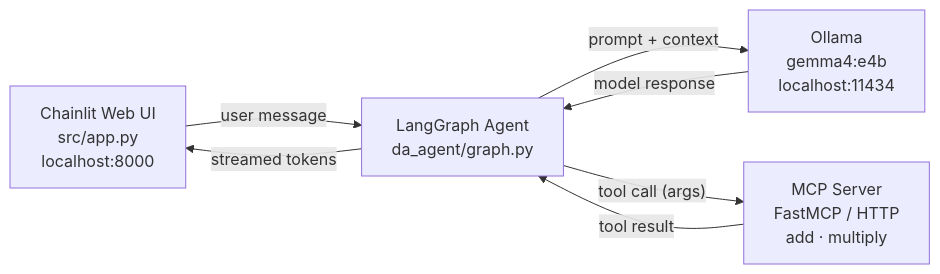
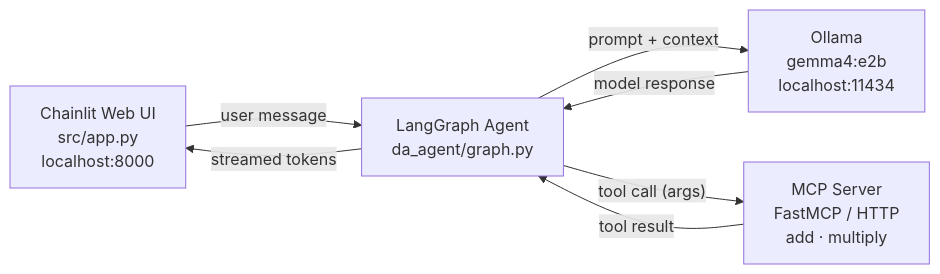
One commit to ai-with-ali/local-llm changed the diagram in README.md. Above: the diagram before and after it, drawn with Mermaid. The commit also changed other lines of this file and 1 other file, not shown here.

Commit message:
use the e2b light model for #3

````diff
--- a/README.md
+++ b/README.md
@@ -34,16 +34,16 @@
 ```mermaid
 flowchart LR
     UI["Chainlit Web UI\nsrc/app.py\nlocalhost:8000"]
     Agent["LangGraph Agent\nda_agent/graph.py"]
-    Ollama["Ollama\ngemma4:e4b\nlocalhost:11434"]
+    Ollama["Ollama\ngemma4:e2b\nlocalhost:11434"]
     MCP["MCP Server\nFastMCP / HTTP\nadd · multiply"]
 
     UI -- "user message" --> Agent
     Agent -- "streamed tokens" --> UI
 
     Agent -- "prompt + context" --> Ollama
     Ollama -- "model response" --> Agent
 
     Agent -- "tool call (args)" --> MCP
     MCP -- "tool result" --> Agent
 ```
````
